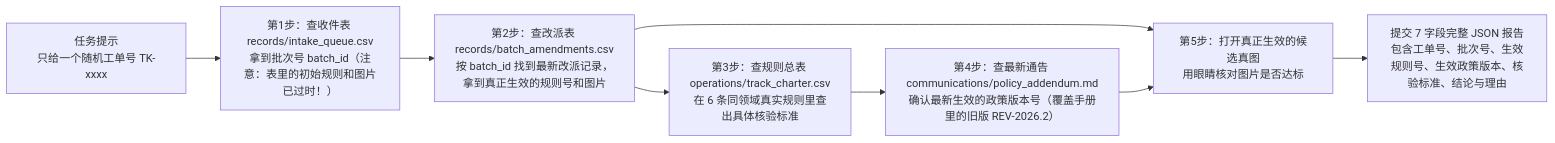
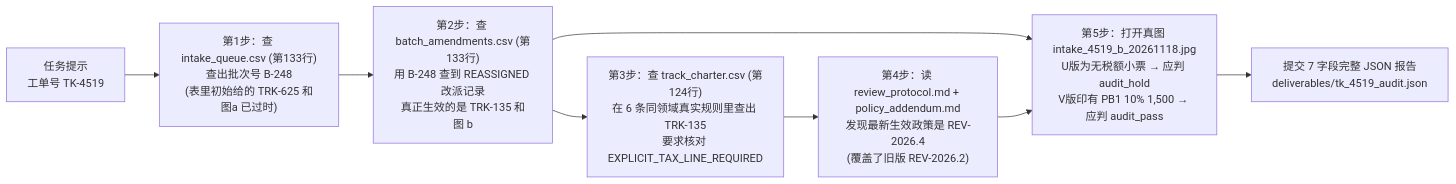
Before and after one commit to wei-cell12/dataset: the diagram in DATASET_INTRODUCTION.md, drawn with Mermaid. The commit also changed other lines of this file, not shown here.

````diff
--- a/DATASET_INTRODUCTION.md
+++ b/DATASET_INTRODUCTION.md
@@ -78,10 +108,10 @@
 ```mermaid
 flowchart LR
-    P["任务提示<br/>只给一个随机工单号 TK-xxxx"] --> H1["第1步：查收件表 records/intake_queue.csv<br/>拿到批次号 batch_id（注意：表里的初始规则和图片已过时！）"]
-    H1 --> H2["第2步：查改派表 records/batch_amendments.csv<br/>按 batch_id 找到最新改派记录，拿到真正生效的规则号和图片"]
-    H2 --> H3["第3步：查规则总表 operations/track_charter.csv<br/>在 6 条同领域真实规则里查出具体核验标准"]
-    H3 --> H4["第4步：查最新通告 communications/policy_addendum.md<br/>确认最新生效的政策版本号（覆盖手册里的旧版 REV-2026.2）"]
-    H2 --> H5["第5步：打开真正生效的候选真图<br/>用眼睛核对图片是否达标"]
+    P["任务提示<br/>工单号 TK-4519"] --> H1["第1步：查 intake_queue.csv (第133行)<br/>查出批次号 B-248<br/>(表里初始给的 TRK-625 和图a 已过时)"]
+    H1 --> H2["第2步：查 batch_amendments.csv (第133行)<br/>用 B-248 查到 REASSIGNED 改派记录<br/>真正生效的是 TRK-135 和图 b"]
+    H2 --> H3["第3步：查 track_charter.csv (第124行)<br/>在 6 条同领域真实规则里查出 TRK-135<br/>要求核对 EXPLICIT_TAX_LINE_REQUIRED"]
+    H3 --> H4["第4步：读 review_protocol.md + policy_addendum.md<br/>发现最新生效政策是 REV-2026.4<br/>(覆盖了旧版 REV-2026.2)"]
+    H2 --> H5["第5步：打开真图 intake_4519_b_20261118.jpg<br/>U版为无税额小票 → 应判 audit_hold<br/>V版印有 PB1 10% 1,500 → 应判 audit_pass"]
     H4 --> H5
-    H5 --> D["提交 7 字段完整 JSON 报告<br/>包含工单号、批次号、生效规则号、生效政策版本、核验标准、结论与理由"]
+    H5 --> D["提交 7 字段完整 JSON 报告<br/>deliverables/tk_4519_audit.json"]
 ```
````
